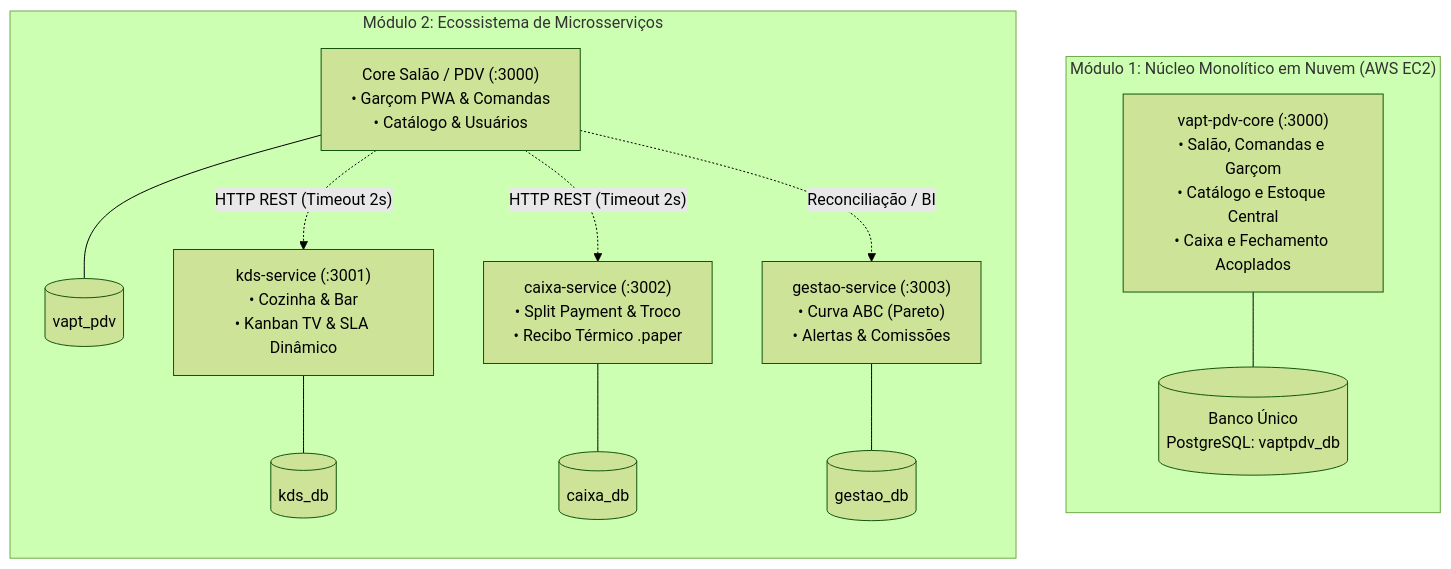
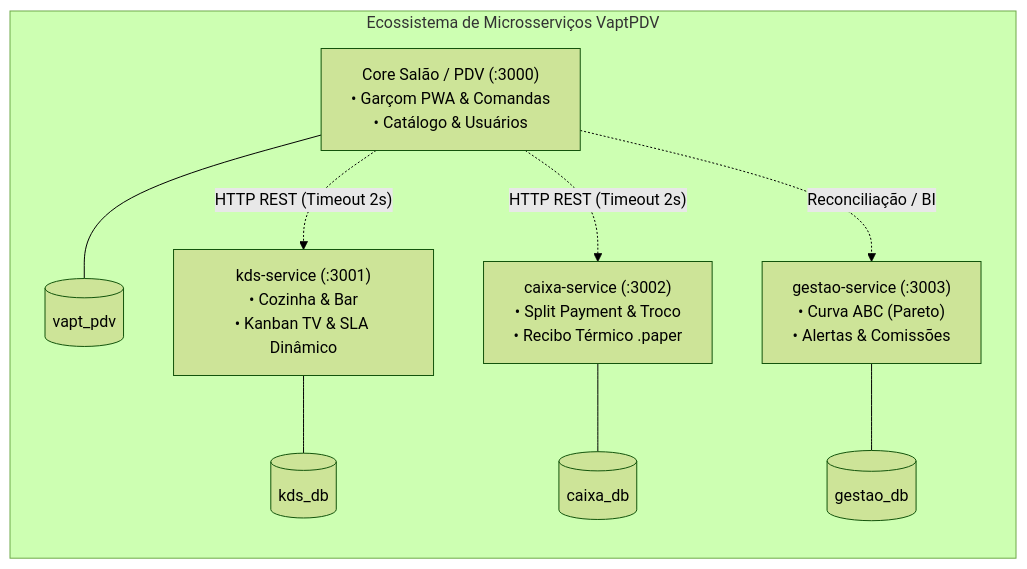
The diagram in README.md (kaiofranca/vapt-pdv), drawn with Mermaid (forest theme) before and after one commit. The commit also changed other lines of this file and 61 other files, not shown here.

````diff
--- a/README.md
+++ b/README.md
@@ -33,31 +26,24 @@
 ```mermaid
 flowchart TD
-    subgraph M1["Módulo 1: Núcleo Monolítico em Nuvem (AWS EC2)"]
-        direction TB
-        M1_Core["vapt-pdv-core (:3000)<br>• Salão, Comandas e Garçom<br>• Catálogo e Estoque Central<br>• Caixa e Fechamento Acoplados"]
-        M1_DB[("Banco Único<br>PostgreSQL: vaptpdv_db")]
-        M1_Core --- M1_DB
-    end
-
-    subgraph M2["Módulo 2: Ecossistema de Microsserviços"]
+    subgraph M2["Ecossistema de Microsserviços VaptPDV"]
         direction TB
         M2_Core["Core Salão / PDV (:3000)<br>• Garçom PWA & Comandas<br>• Catálogo & Usuários"]
         M2_KDS["kds-service (:3001)<br>• Cozinha & Bar<br>• Kanban TV & SLA Dinâmico"]
         M2_Caixa["caixa-service (:3002)<br>• Split Payment & Troco<br>• Recibo Térmico .paper"]
         M2_Gestao["gestao-service (:3003)<br>• Curva ABC (Pareto)<br>• Alertas & Comissões"]
 
         DB_Core[("vapt_pdv")]
         DB_KDS[("kds_db")]
         DB_Caixa[("caixa_db")]
         DB_Gestao[("gestao_db")]
 
         M2_Core --- DB_Core
         M2_KDS --- DB_KDS
         M2_Caixa --- DB_Caixa
         M2_Gestao --- DB_Gestao
 
         M2_Core -.->|"HTTP REST (Timeout 2s)"| M2_KDS
         M2_Core -.->|"HTTP REST (Timeout 2s)"| M2_Caixa
         M2_Core -.->|"Reconciliação / BI"| M2_Gestao
     end
 ```
````
